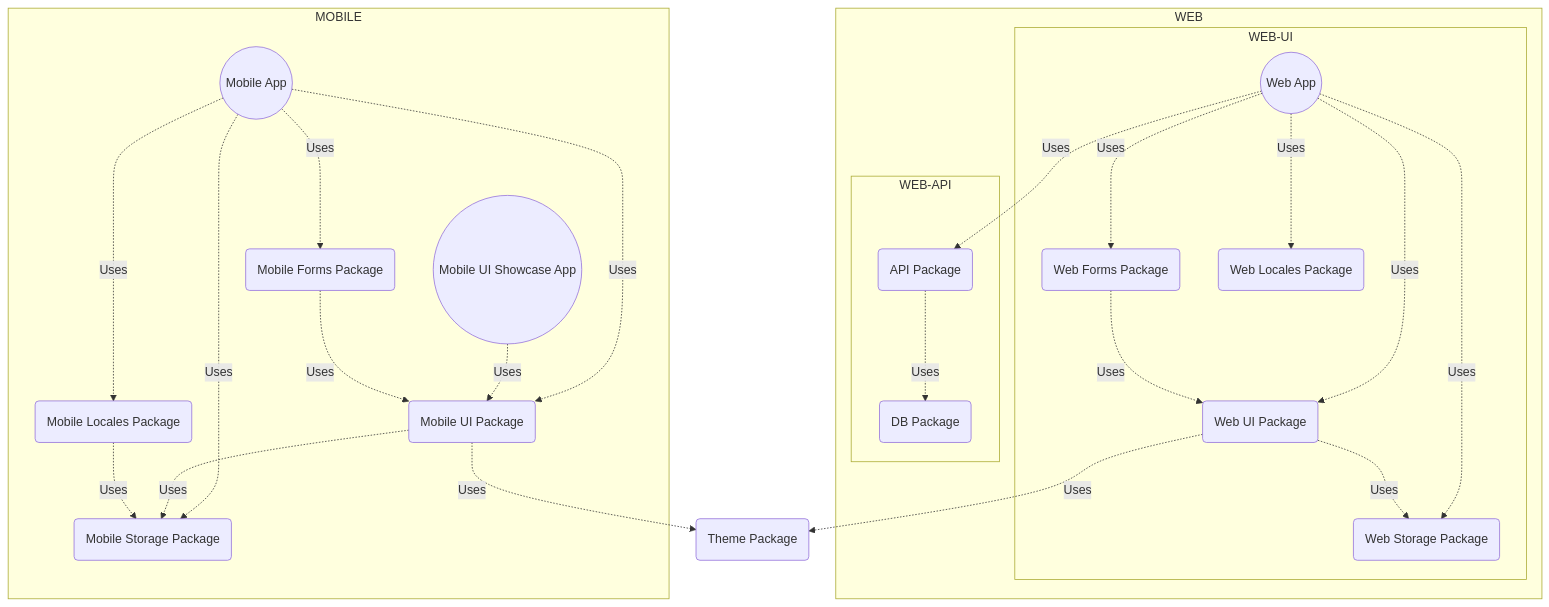
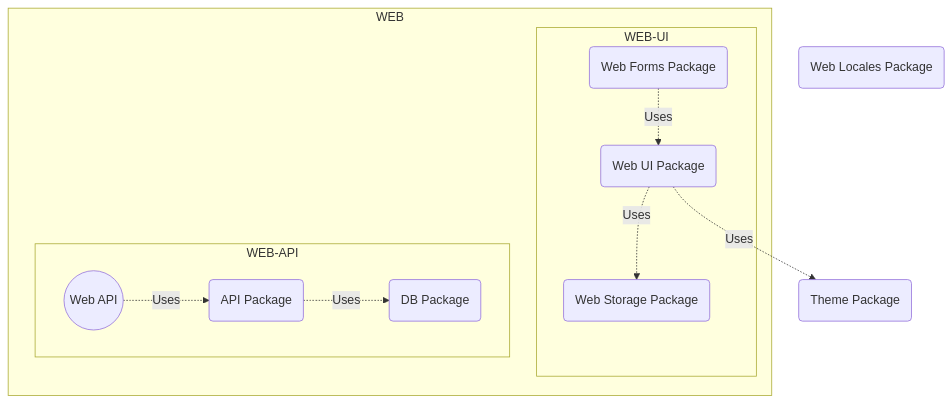
One commit to Rock-n-Prog/static-ts-monorepo-starter-pack changed the second of 2 diagrams in docs/architecture/general.md. Above: the diagram before and after it, drawn with Mermaid. The commit also changed other lines of this file and 259 other files, not shown here.

````diff
--- a/docs/architecture/general.md
+++ b/docs/architecture/general.md
@@ -46,47 +32,25 @@
 ```mermaid
 graph TD;
-  apps-web((Web App))
-  apps-mobile((Mobile App))
-  apps-mobile-ui-showcase((Mobile UI Showcase App))
+  apps-api((Web API))
   packages-db(DB Package)
   packages-api(API Package)
   packages-theme(Theme Package)
   packages-web-ui(Web UI Package)
   packages-web-forms(Web Forms Package)
   packages-web-locales(Web Locales Package)
   packages-web-storage(Web Storage Package)
-  packages-mobile-ui(Mobile UI Package)
-  packages-mobile-forms(Mobile Forms Package)
-  packages-mobile-locales(Mobile Locales Package)
-  packages-mobile-storage(Mobile Storage Package)
 
   subgraph WEB
     subgraph WEB-UI
-      apps-web -.-> |Uses| packages-web-ui
-      apps-web -.-> |Uses| packages-web-forms
-      apps-web -.-> |Uses| packages-web-locales
-      apps-web -.-> |Uses| packages-web-storage
       packages-web-forms -.-> |Uses| packages-web-ui
       packages-web-ui -.-> |Uses| packages-web-storage
     end
 
     subgraph WEB-API
-      apps-web -.-> |Uses| packages-api
+      apps-api -.-> |Uses| packages-api
       packages-api -.-> |Uses| packages-db
     end
   end
 
-  subgraph MOBILE
-    apps-mobile -.-> |Uses| packages-mobile-ui
-    apps-mobile -.-> |Uses| packages-mobile-forms
-    apps-mobile -.-> |Uses| packages-mobile-locales
-    apps-mobile -.-> |Uses| packages-mobile-storage
-    apps-mobile-ui-showcase -.-> |Uses| packages-mobile-ui
-    packages-mobile-forms -.-> |Uses| packages-mobile-ui
-    packages-mobile-ui -.-> |Uses| packages-mobile-storage
-    packages-mobile-locales -.-> |Uses| packages-mobile-storage
-  end
-
   packages-web-ui -.-> |Uses| packages-theme
-  packages-mobile-ui -.-> |Uses| packages-theme
 ```
````
